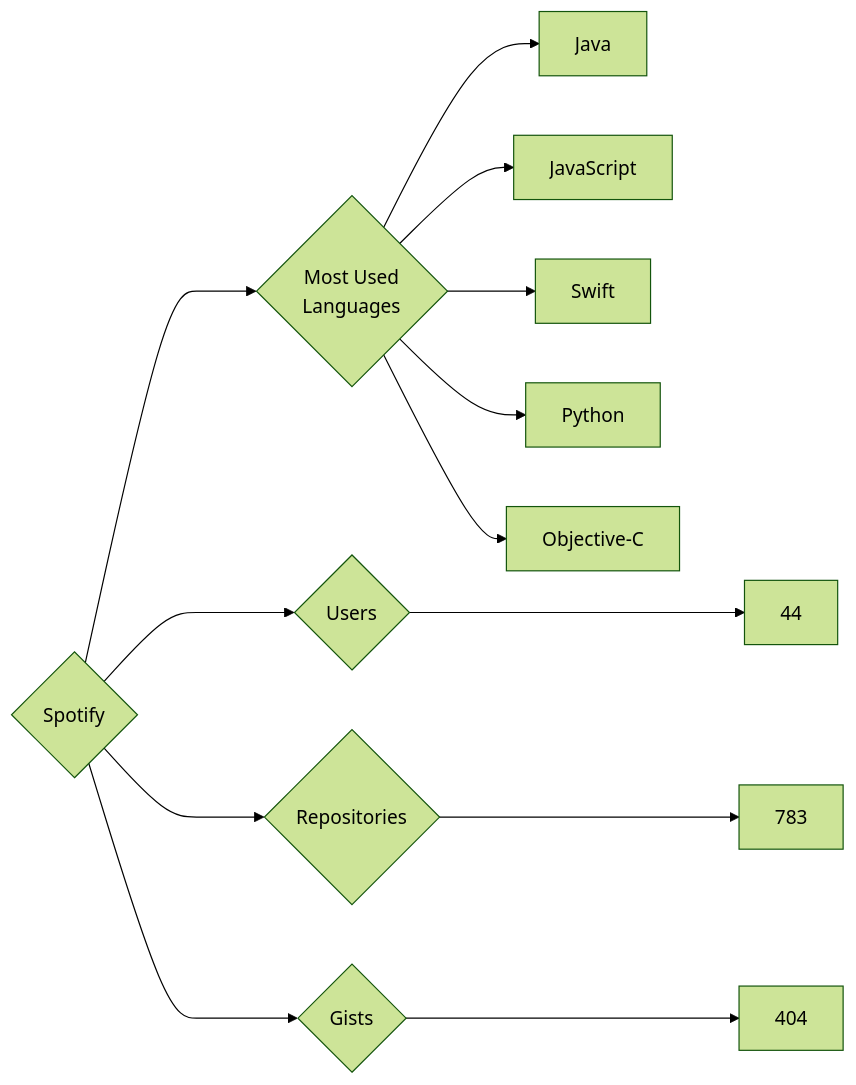
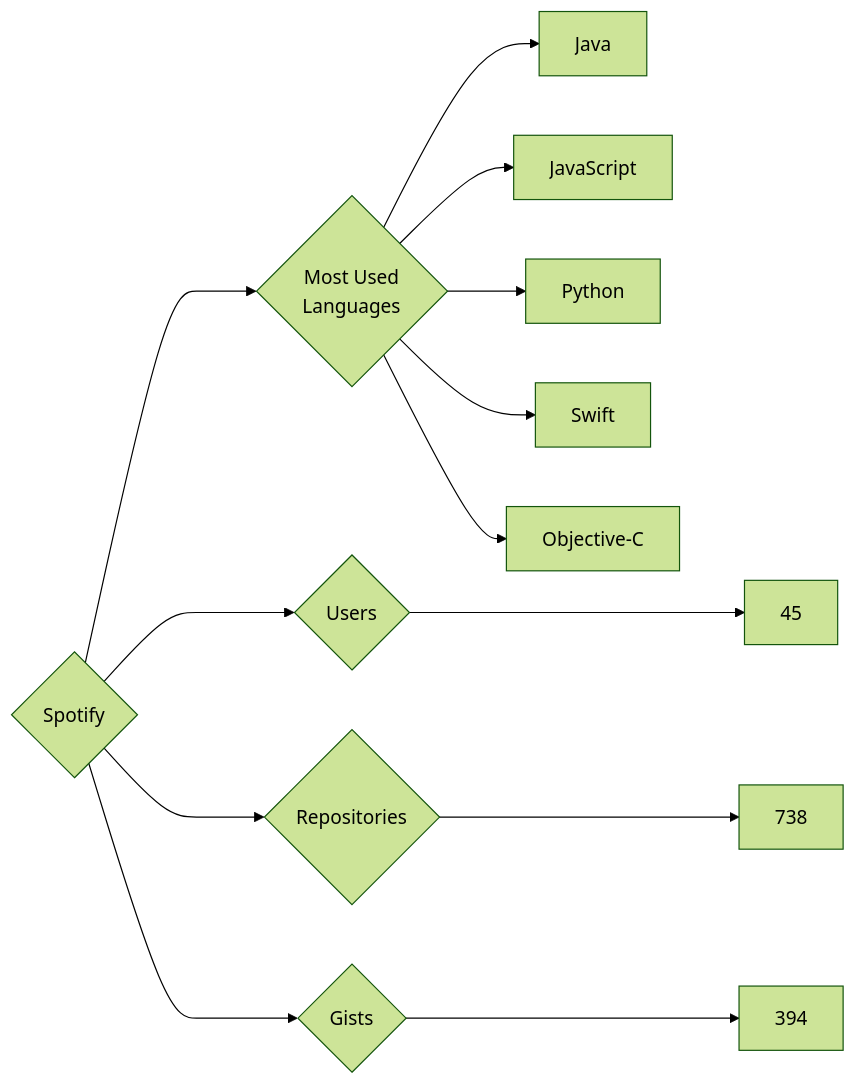
The diagram in targets/Spotify/README.md (trickest/insiders), drawn with Mermaid (forest theme) before and after one commit. The commit also changed 787 other files, not shown here.

````diff
--- a/targets/Spotify/README.md
+++ b/targets/Spotify/README.md
@@ -3,13 +3,13 @@
 ```mermaid
 graph LR
 COMPANY_NAME{Spotify}
-COMPANY_NAME ---> U{Users} ---> UN[44]
-COMPANY_NAME ---> R{Repositories} ---> RN[783]
-COMPANY_NAME ---> G{Gists} ---> GN[404]
+COMPANY_NAME ---> U{Users} ---> UN[45]
+COMPANY_NAME ---> R{Repositories} ---> RN[738]
+COMPANY_NAME ---> G{Gists} ---> GN[394]
 COMPANY_NAME ---> ML{Most Used<br>Languages}
 ML --> Java[Java]
 ML --> JavaScript[JavaScript]
+ML --> Python[Python]
 ML --> Swift[Swift]
-ML --> Python[Python]
 ML --> Objective-C[Objective-C]
 ```
````
